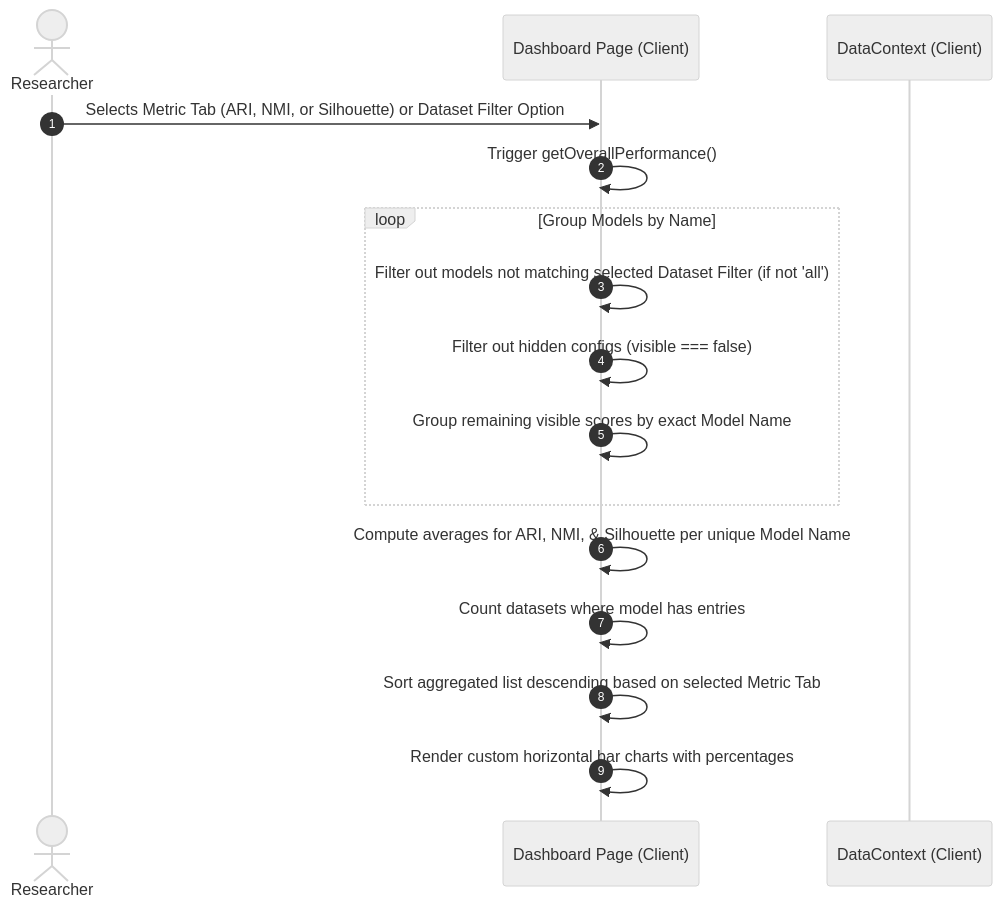
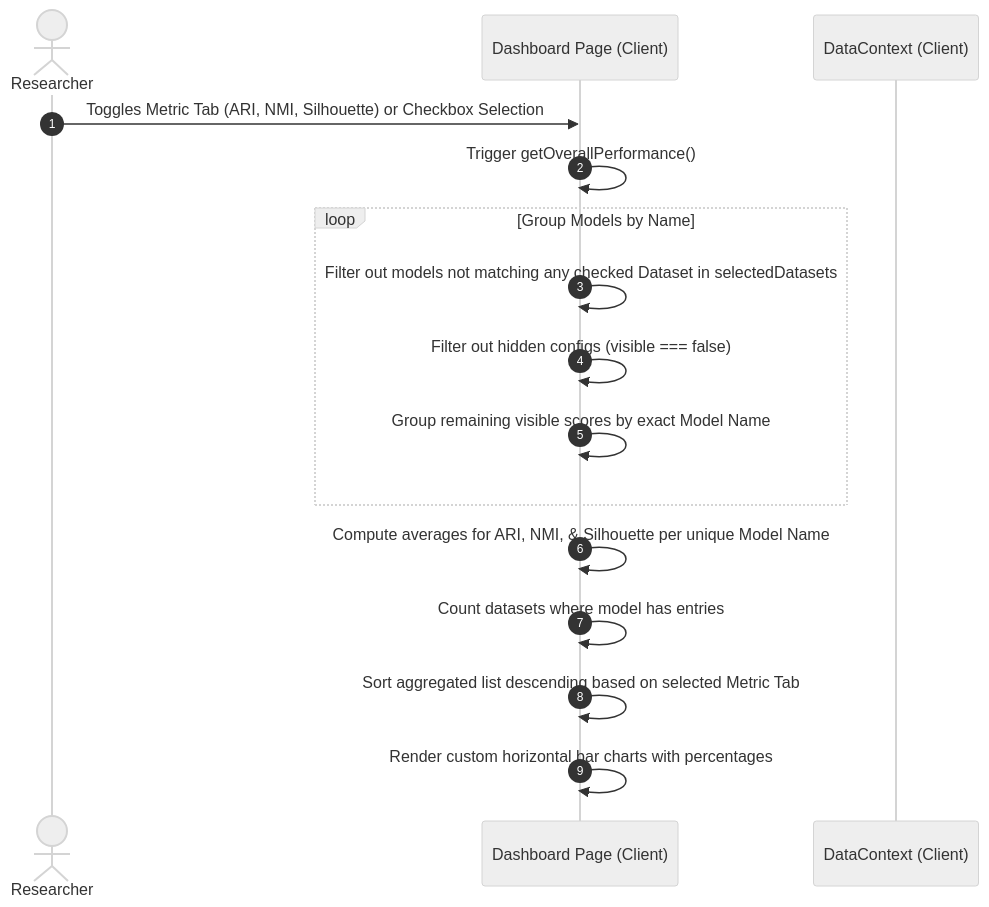
The seventh of 8 diagrams in DATA_FLOW.md (Asadullah-Imran/FYDP-LeaderBoard-NextJS), drawn with Mermaid (neutral theme) before and after one commit. The commit also changed other lines of this file and 1 other file, not shown here.

Commit message:
feat: implement multi-select dataset filtering with dropdown management in the dashboard

````diff
--- a/DATA_FLOW.md
+++ b/DATA_FLOW.md
@@ -263,21 +263,21 @@
 ```mermaid
 sequenceDiagram
     autonumber
     actor User as Researcher
     participant UI as Dashboard Page (Client)
     participant DataCtx as DataContext (Client)
     
-    User->>UI: Selects Metric Tab (ARI, NMI, or Silhouette) or Dataset Filter Option
+    User->>UI: Toggles Metric Tab (ARI, NMI, Silhouette) or Checkbox Selection
     UI->>UI: Trigger getOverallPerformance()
     
     loop Group Models by Name
-        UI->>UI: Filter out models not matching selected Dataset Filter (if not 'all')
+        UI->>UI: Filter out models not matching any checked Dataset in selectedDatasets
         UI->>UI: Filter out hidden configs (visible === false)
         UI->>UI: Group remaining visible scores by exact Model Name
       end
     
     UI->>UI: Compute averages for ARI, NMI, & Silhouette per unique Model Name
     UI->>UI: Count datasets where model has entries
     UI->>UI: Sort aggregated list descending based on selected Metric Tab
     UI->>UI: Render custom horizontal bar charts with percentages
 ```
````
